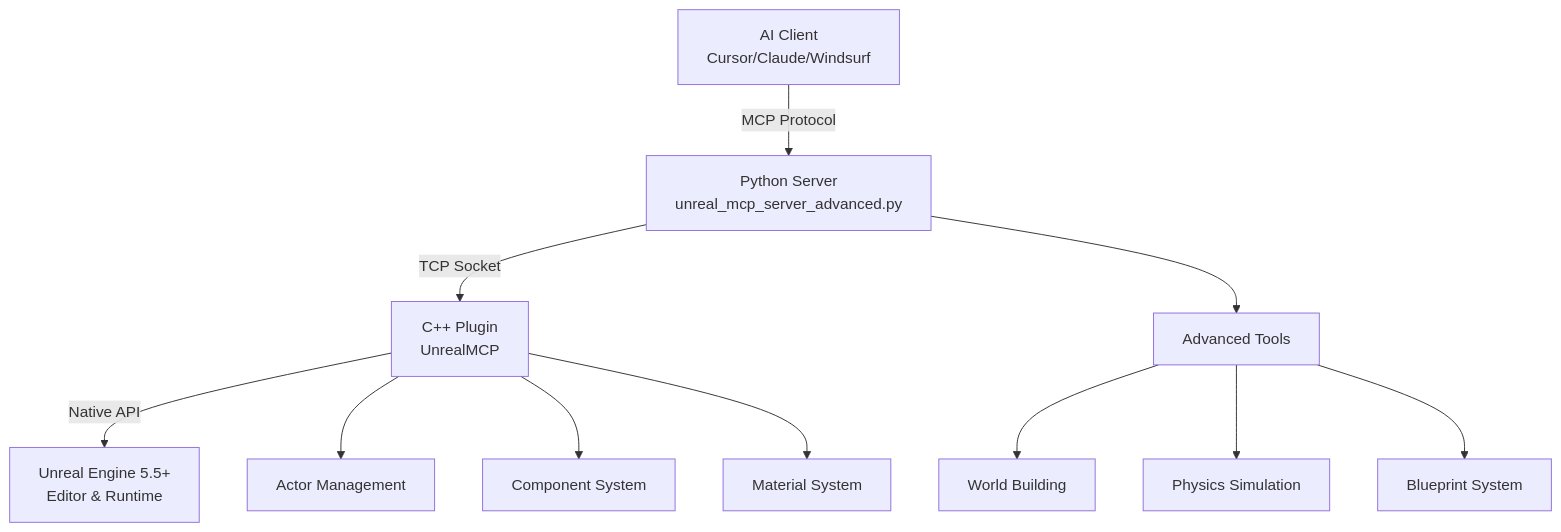
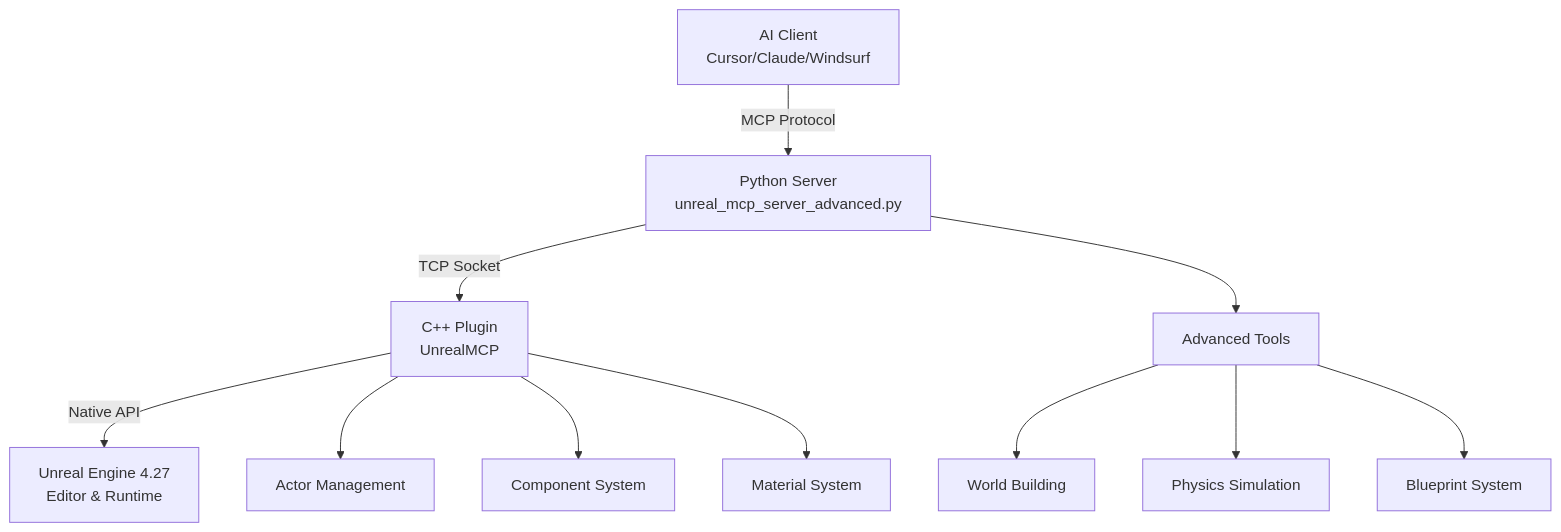
The diagram in README.md (fischp/unreal-engine-mcp), drawn with Mermaid before and after one commit. The commit also changed other lines of this file and 2 other files, not shown here.

````diff
--- a/README.md
+++ b/README.md
@@ -304,15 +304,15 @@
 ```mermaid
 graph TB
     A[AI Client<br/>Cursor/Claude/Windsurf] -->|MCP Protocol| B[Python Server<br/>unreal_mcp_server_advanced.py]
     B -->|TCP Socket| C[C++ Plugin<br/>UnrealMCP]
-    C -->|Native API| D[Unreal Engine 5.5+<br/>Editor & Runtime]
+    C -->|Native API| D[Unreal Engine 4.27<br/>Editor & Runtime]
     
     B --> E[Advanced Tools]
     E --> F[World Building]
     E --> G[Physics Simulation]  
     E --> H[Blueprint System]
     
     C --> I[Actor Management]
     C --> J[Component System]
     C --> K[Material System]
 ```
````
